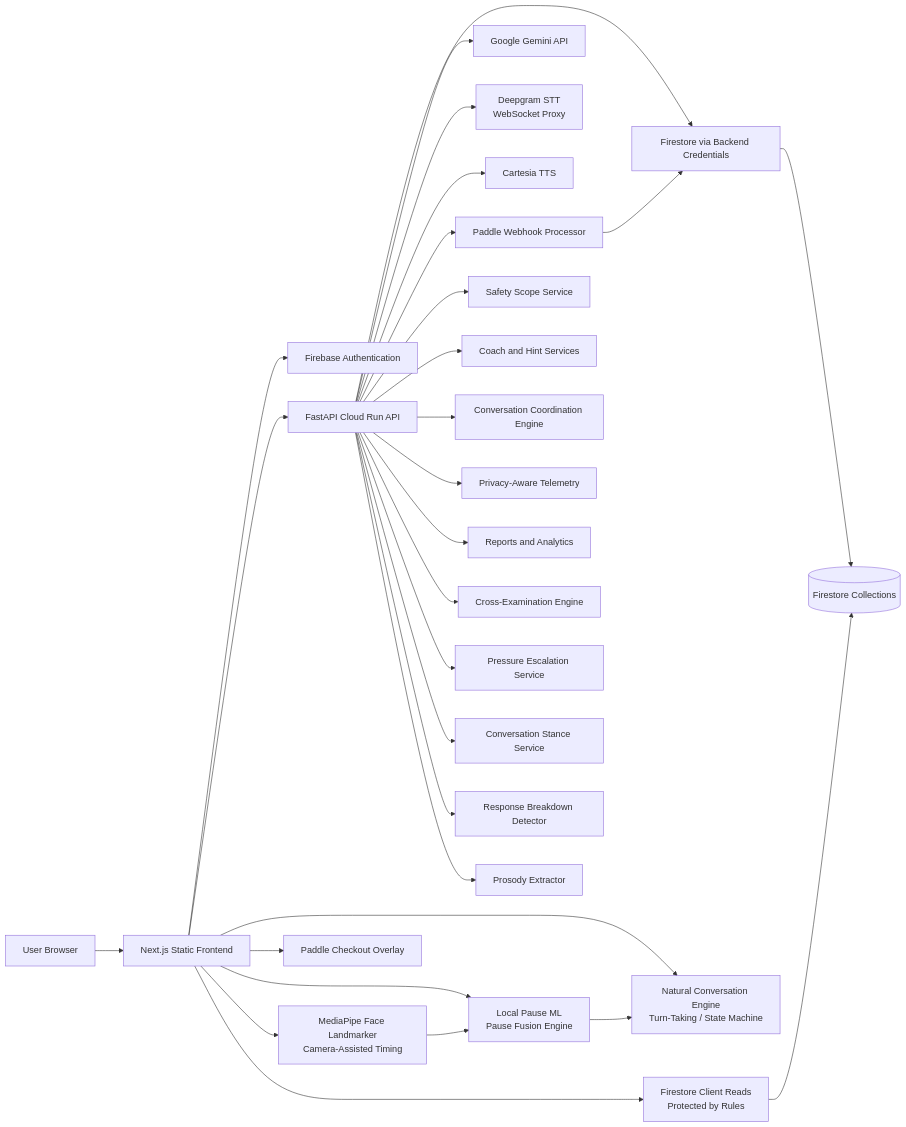
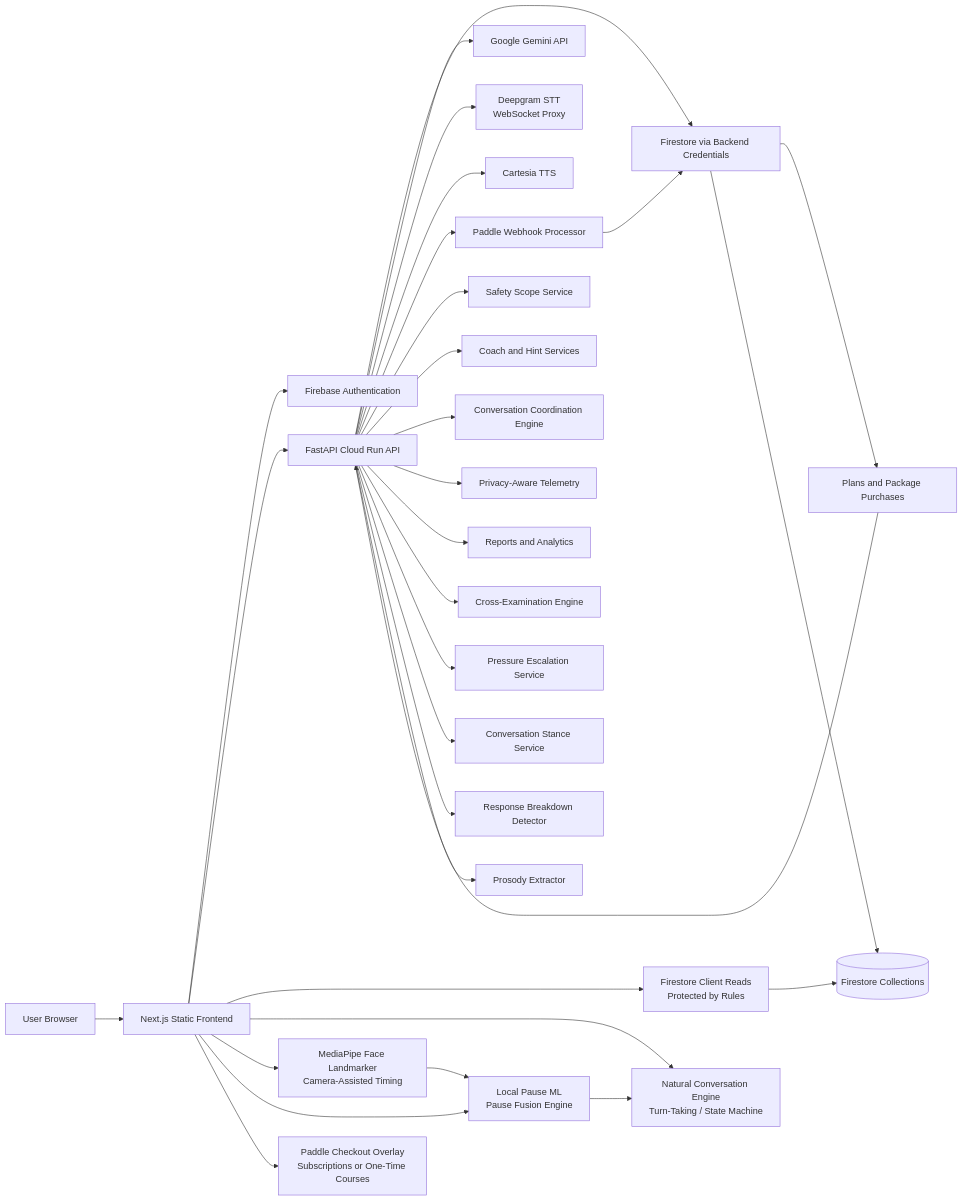
One commit to salkhan-ops/rehearseai changed the first of 3 diagrams in docs/architecture.md. Above: the diagram before and after it, drawn with Mermaid. The commit also changed other lines of this file and 2 other files, not shown here.

````diff
--- a/docs/architecture.md
+++ b/docs/architecture.md
@@ -22,37 +22,39 @@
 ```mermaid
 flowchart LR
   User[User Browser] --> Frontend[Next.js Static Frontend]
   Frontend --> FirebaseAuth[Firebase Authentication]
   Frontend --> API[FastAPI Cloud Run API]
   Frontend --> FirestoreRules[Firestore Client Reads\nProtected by Rules]
 
   Frontend --> NaturalConv[Natural Conversation Engine\nTurn-Taking / State Machine]
   Frontend --> MediaPipe[MediaPipe Face Landmarker\nCamera-Assisted Timing]
   Frontend --> LocalML[Local Pause ML\nPause Fusion Engine]
-  Frontend --> Paddle[Paddle Checkout Overlay]
+  Frontend --> Paddle[Paddle Checkout Overlay\nSubscriptions or One-Time Courses]
 
   MediaPipe --> LocalML
   LocalML --> NaturalConv
 
   API --> FirestoreAdmin[Firestore via Backend Credentials]
   API --> Gemini[Google Gemini API]
   API --> Deepgram[Deepgram STT\nWebSocket Proxy]
   API --> Cartesia[Cartesia TTS]
   API --> PaddleWebhook[Paddle Webhook Processor]
 
   PaddleWebhook --> FirestoreAdmin
+  FirestoreAdmin --> Entitlements[Plans and Package Purchases]
+  Entitlements --> API
 
   FirestoreAdmin --> Data[(Firestore Collections)]
   FirestoreRules --> Data
 
   API --> Safety[Safety Scope Service]
   API --> Coach[Coach and Hint Services]
   API --> Coordination[Conversation Coordination Engine]
   API --> Telemetry[Privacy-Aware Telemetry]
   API --> Reports[Reports and Analytics]
   API --> CrossExam[Cross-Examination Engine]
   API --> Pressure[Pressure Escalation Service]
   API --> Stance[Conversation Stance Service]
   API --> Breakdown[Response Breakdown Detector]
   API --> Prosody[Prosody Extractor]
 ```
````
